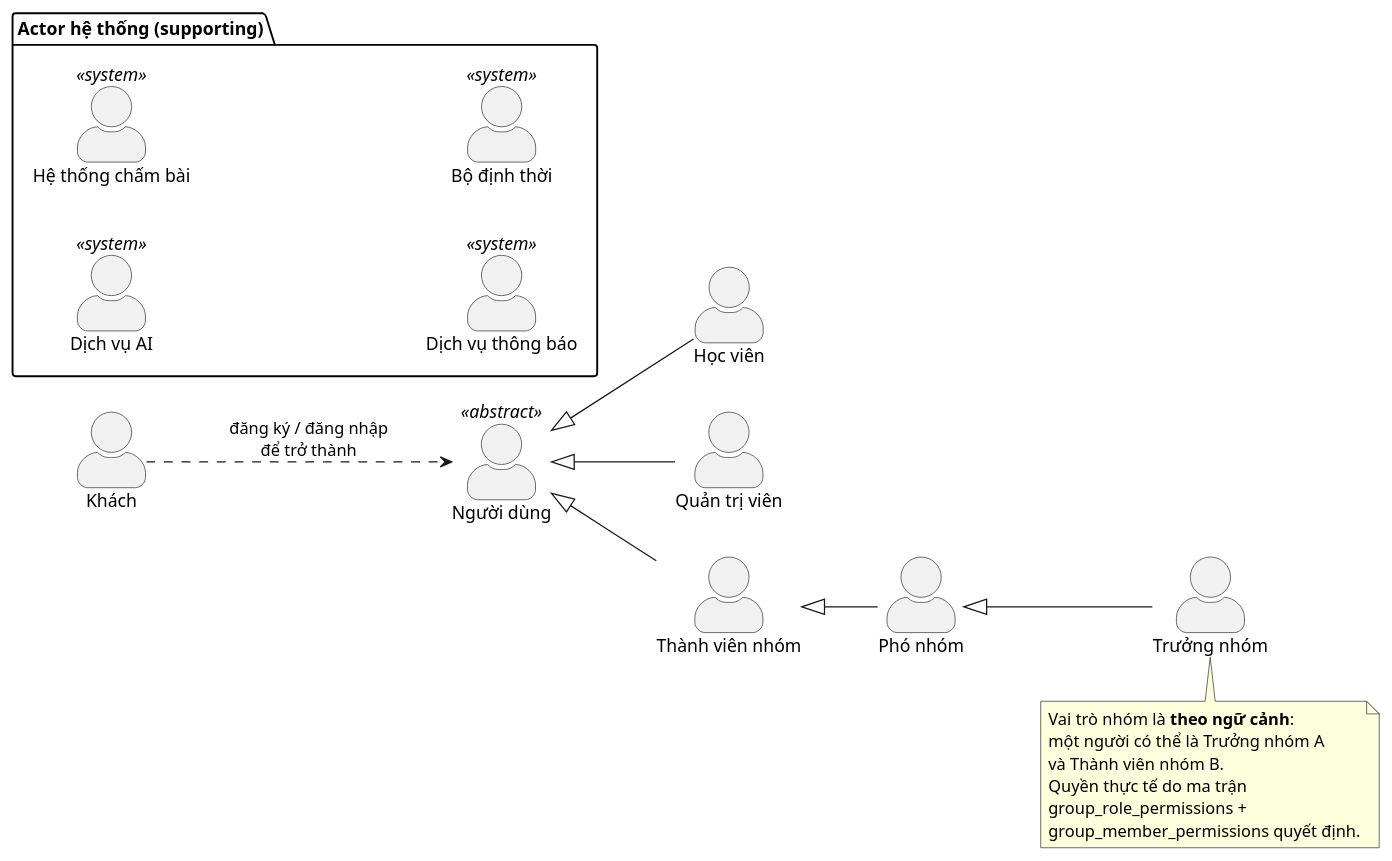
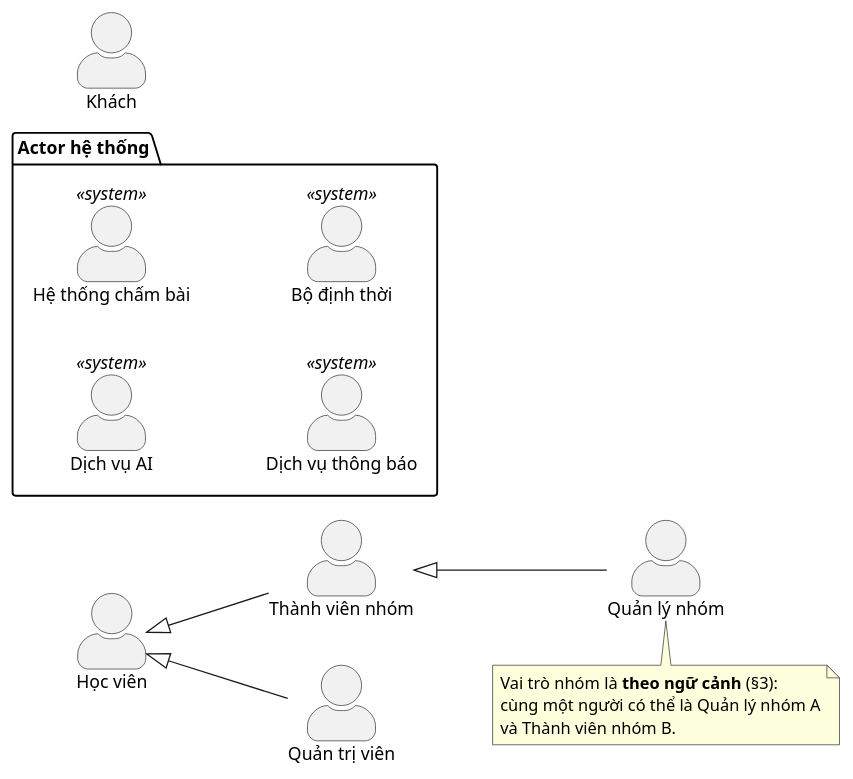
Before and after one commit to codementor-official/codementor-infra: the diagram in docs/06-actors.md, drawn with PlantUML. The commit also changed other lines of this file and 2 other files, not shown here.

````diff
--- a/docs/06-actors.md
+++ b/docs/06-actors.md
@@ -134,38 +31,29 @@
 ```plantuml
 @startuml actor-hierarchy
 skinparam actorStyle awesome
 left to right direction
 
 actor "Khách" as Guest
-actor "Người dùng" as User <<abstract>>
 actor "Học viên" as Learner
+actor "Thành viên nhóm" as GMember
+actor "Quản lý nhóm" as GManager
 actor "Quản trị viên" as Admin
-actor "Thành viên nhóm" as GMember
-actor "Phó nhóm" as GDeputy
-actor "Trưởng nhóm" as GOwner
 
-User <|-- Learner
-User <|-- Admin
-User <|-- GMember
-GMember <|-- GDeputy
-GDeputy <|-- GOwner
+Learner <|-- GMember
+GMember <|-- GManager
+Learner <|-- Admin
 
-Guest ..> User : "đăng ký / đăng nhập\nđể trở thành"
-
-package "Actor hệ thống (supporting)" {
+package "Actor hệ thống" {
   actor "Dịch vụ AI" as AI <<system>>
   actor "Hệ thống chấm bài" as Judge <<system>>
   actor "Dịch vụ thông báo" as Notify <<system>>
   actor "Bộ định thời" as Timer <<system>>
 }
 
-note bottom of GOwner
-  Vai trò nhóm là **theo ngữ cảnh**:
-  một người có thể là Trưởng nhóm A
+note bottom of GManager
+  Vai trò nhóm là **theo ngữ cảnh** (§3):
+  cùng một người có thể là Quản lý nhóm A
   và Thành viên nhóm B.
-  Quyền thực tế do ma trận
-  group_role_permissions +
-  group_member_permissions quyết định.
 end note
 @enduml
 ```
````
